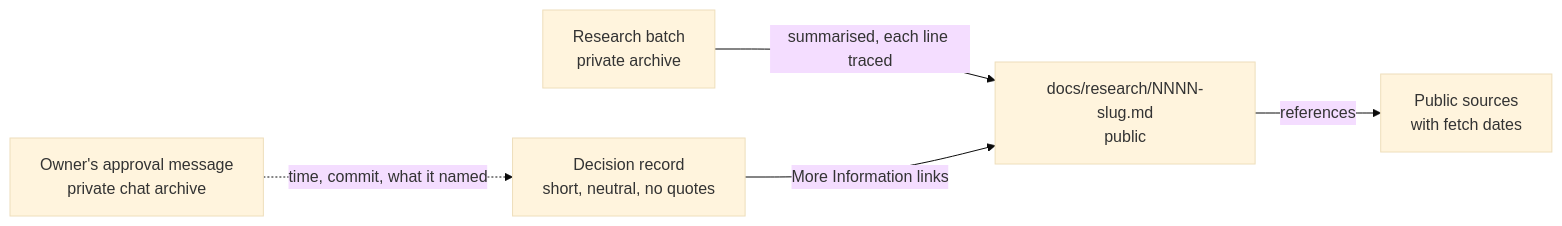
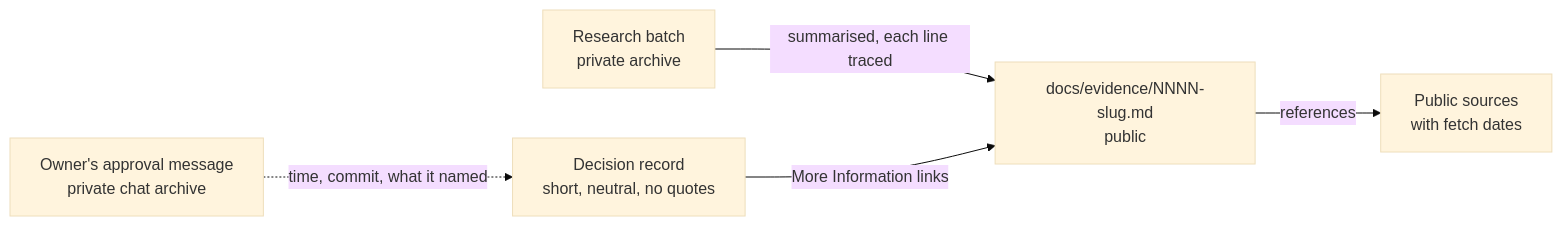
One commit to jonhill90/central-hub changed the diagram in docs/decisions/0016-give-records-an-evidence-file-and-neutral-approval.md. Above: the diagram before and after it, drawn with Mermaid (base theme). The commit also changed other lines of this file and 49 other files, not shown here.

First line of the commit message:
docs: tell documentation from knowledge and rename docs/research to docs/evidence (#55)

````diff
--- a/docs/decisions/0016-give-records-an-evidence-file-and-neutral-approval.md
+++ b/docs/decisions/0016-give-records-an-evidence-file-and-neutral-approval.md
@@ -56,7 +56,7 @@
 ```mermaid
 flowchart LR
-  R[Research batch<br/>private archive] -->|summarised, each line traced| E[docs/research/NNNN-slug.md<br/>public]
+  R[Research batch<br/>private archive] -->|summarised, each line traced| E[docs/evidence/NNNN-slug.md<br/>public]
   D[Decision record<br/>short, neutral, no quotes] -->|More Information links| E
   E -->|references| P[Public sources<br/>with fetch dates]
   A[Owner's approval message<br/>private chat archive] -.->|time, commit, what it named| D
 ```
````
